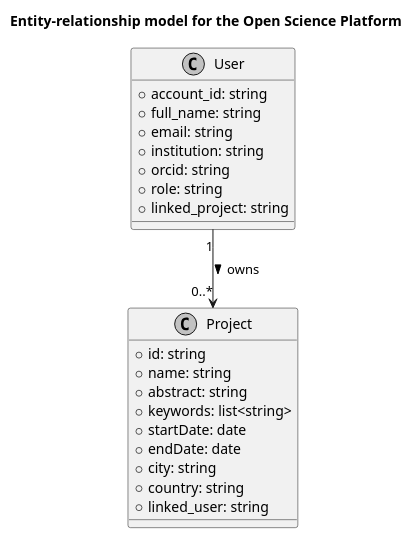
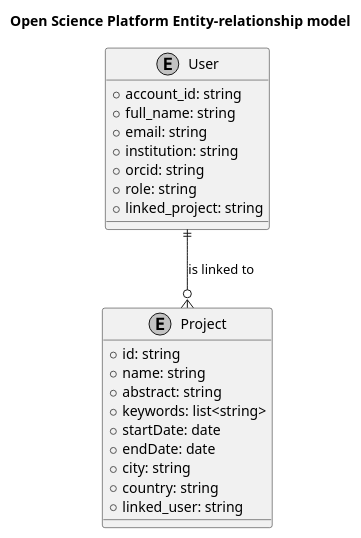
Before and after one commit to OliveiraEdu/d-OSP: the diagram in diagrams/plantUML/entity_relationship_model.wsd, drawn with PlantUML. The commit also changed 14 other files, not shown here.

```diff
--- a/diagrams/plantUML/entity_relationship_model.wsd
+++ b/diagrams/plantUML/entity_relationship_model.wsd
@@ -1,32 +1,32 @@
 @startuml entity_relationship_model
 
-title Entity-relationship model for the Open Science Platform
+title Open Science Platform Entity-relationship model
 skinparam monochrome true
 
 top to bottom direction
 
-class "User" {
+entity "User" {
   + account_id: string 
   + full_name: string
   + email: string
   + institution: string
   + orcid: string
   + role: string
   + linked_project: string
 }
 
-class "Project" {
+entity "Project" {
   + id: string 
   + name: string
   + abstract: string
   + keywords: list<string>
   + startDate: date
   + endDate: date
   + city: string
   + country: string
   + linked_user: string
 }
 
-User "1" --> "0..*" Project : owns >
+User  ||--o{ Project : is linked to 
 
 @enduml
```
